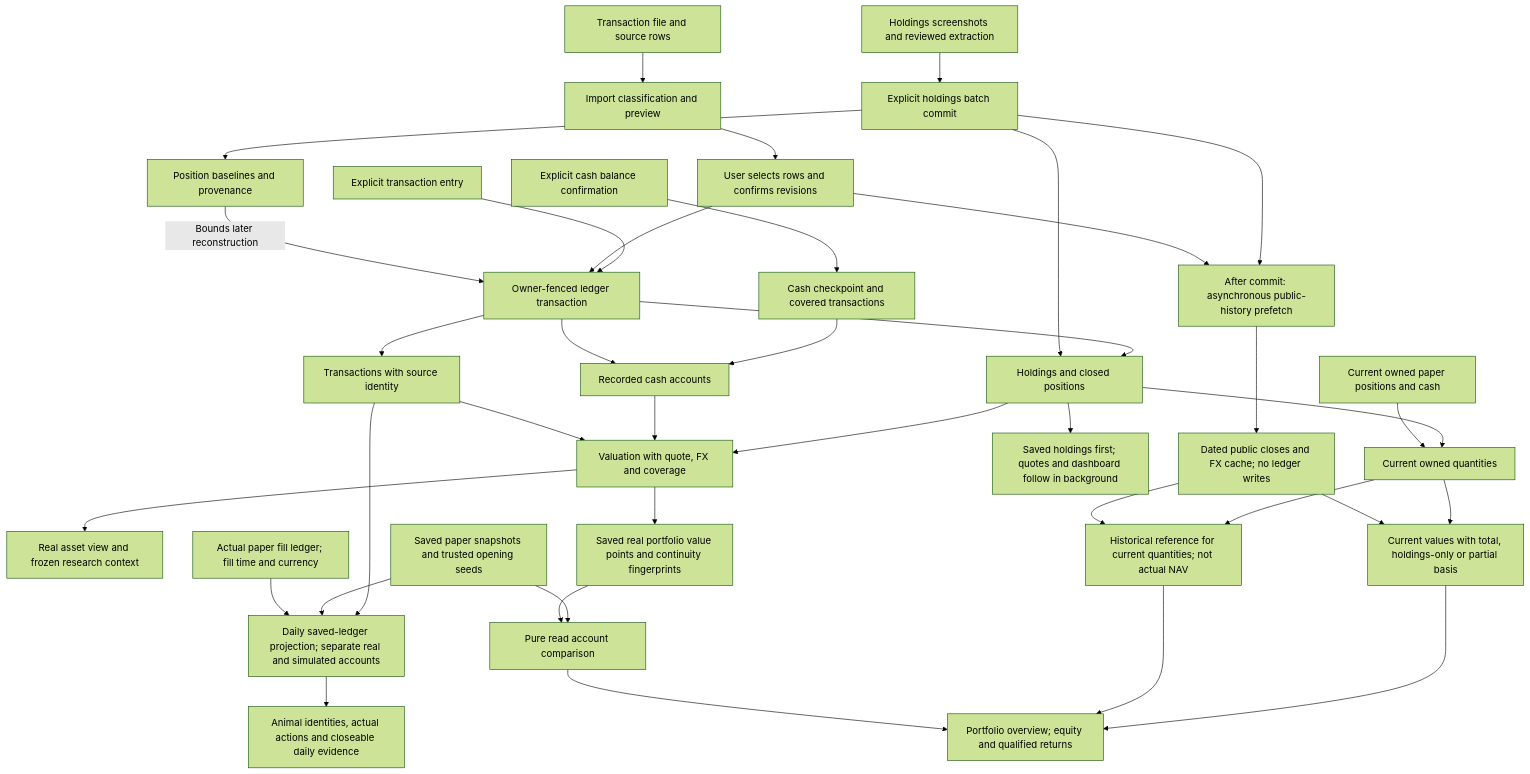
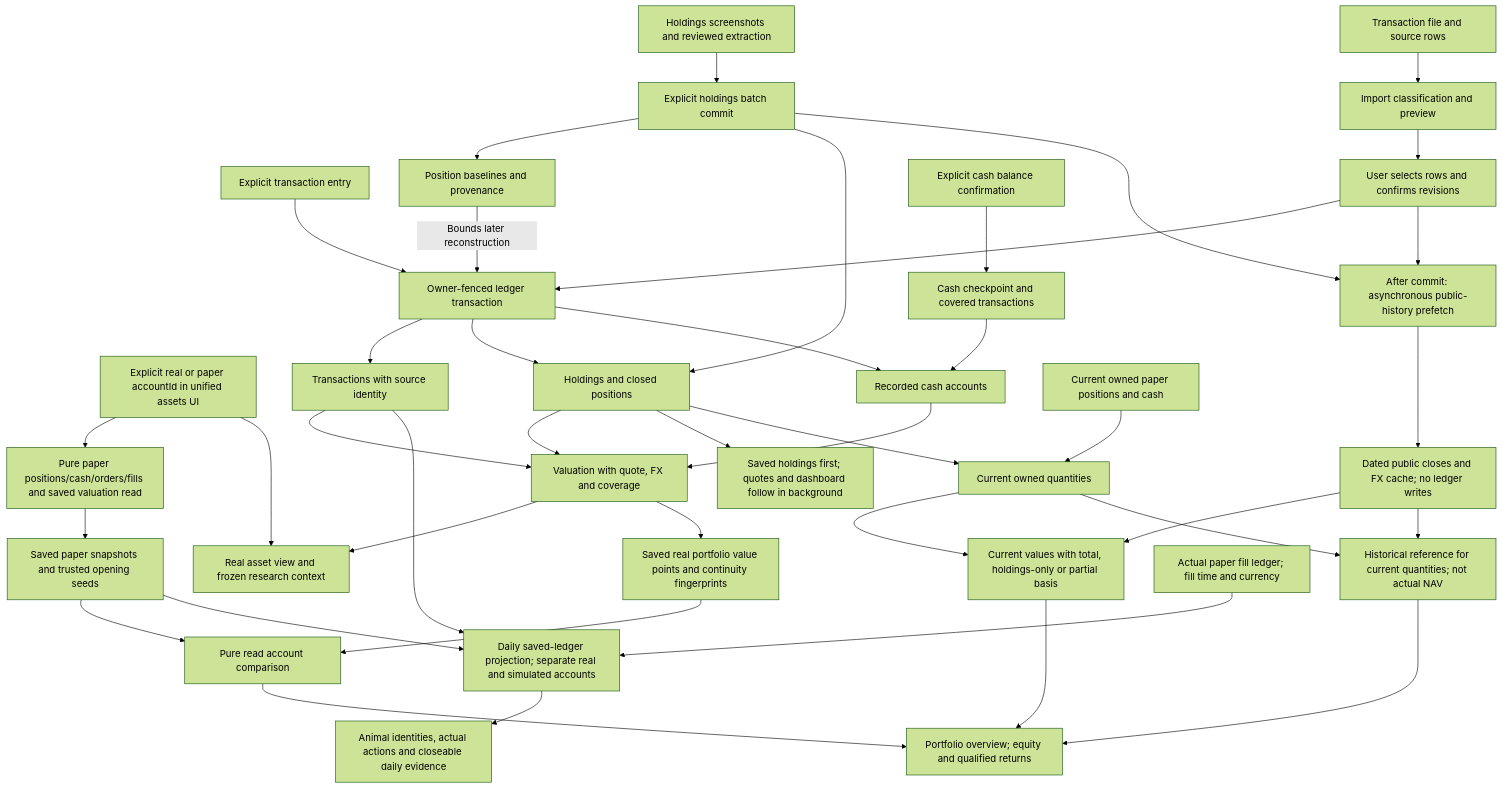
The fifth of 5 diagrams in docs/architecture.md (Lueyu/squabble), drawn with Mermaid (forest theme) before and after one commit. The commit also changed other lines of this file and 191 other files, not shown here.

````diff
--- a/docs/architecture.md
+++ b/docs/architecture.md
@@ -364,40 +379,43 @@
 ```mermaid
 flowchart TD
+    accountRoute["Explicit real or paper accountId in unified assets UI"] --> readOnlyAssets["Pure paper positions/cash/orders/fills and saved valuation read"]
+    readOnlyAssets --> paper
+    accountRoute --> today
     manual["Explicit transaction entry"] --> ledgerTx["Owner-fenced ledger transaction"]
     file["Transaction file and source rows"] --> batch["Import classification and preview"]
     batch --> confirm["User selects rows and confirms revisions"]
     confirm --> ledgerTx
     screenshots["Holdings screenshots and reviewed extraction"] --> positionImport["Explicit holdings batch commit"]
     positionImport --> baseline["Position baselines and provenance"]
     baseline -->|"Bounds later reconstruction"| ledgerTx
     cashUser["Explicit cash balance confirmation"] --> cashReceipt["Cash checkpoint and covered transactions"]
     cashReceipt --> cash["Recorded cash accounts"]
     ledgerTx --> transactions["Transactions with source identity"]
     ledgerTx --> holdings["Holdings and closed positions"]
     positionImport --> holdings
     ledgerTx --> cash
     holdings --> metrics["Valuation with quote, FX and coverage"]
     cash --> metrics
     transactions --> metrics
     metrics --> today["Real asset view and frozen research context"]
     metrics --> points["Saved real portfolio value points and continuity fingerprints"]
     paper["Saved paper snapshots and trusted opening seeds"] --> compare["Pure read account comparison"]
     points --> compare
     positionImport --> warm["After commit: asynchronous public-history prefetch"]
     confirm --> warm
     warm --> marketCache["Dated public closes and FX cache; no ledger writes"]
     holdings --> quickUI["Saved holdings first; quotes and dashboard follow in background"]
     holdings --> currentPositions["Current owned quantities"]
     currentPaper["Current owned paper positions and cash"] --> currentPositions
     currentPositions --> currentMarks["Current values with total, holdings-only or partial basis"]
     currentPositions --> reference["Historical reference for current quantities; not actual NAV"]
     marketCache --> currentMarks
     marketCache --> reference
     currentMarks --> overview
     reference --> overview
     compare --> overview["Portfolio overview; equity and qualified returns"]
     transactions --> dailyRead["Daily saved-ledger projection; separate real and simulated accounts"]
     paper --> dailyRead
     paperFills["Actual paper fill ledger; fill time and currency"] --> dailyRead
     dailyRead --> dailyUI["Animal identities, actual actions and closeable daily evidence"]
 ```
````
